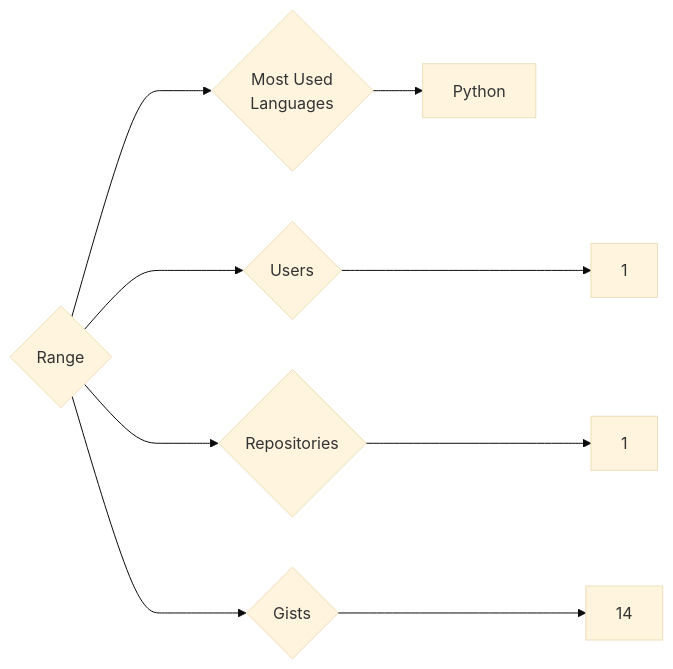
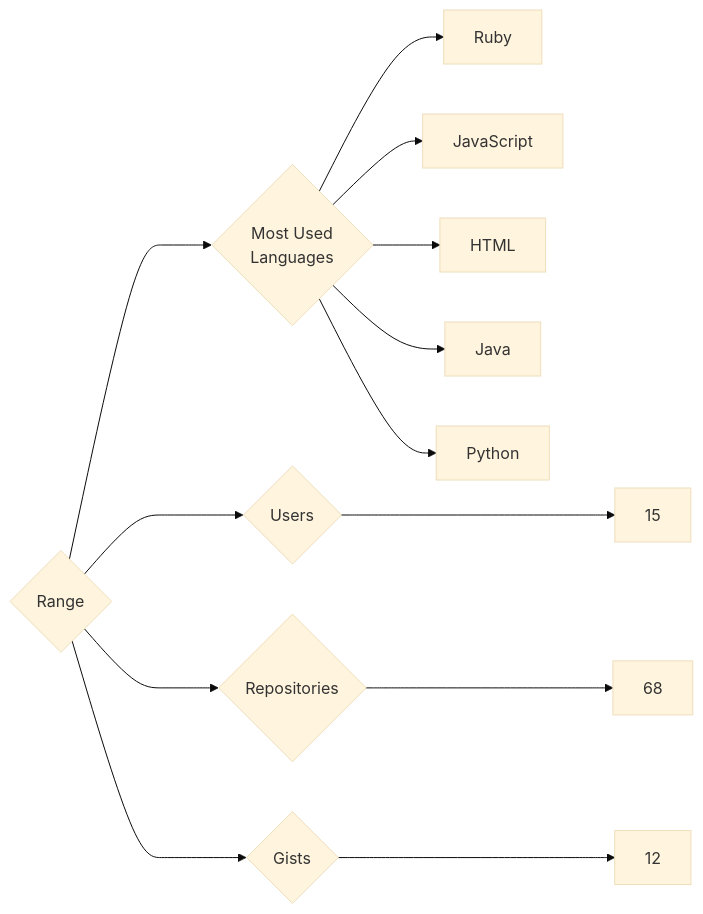
One commit to trickest/insiders changed the diagram in targets/Range/README.md. Above: the diagram before and after it, drawn with Mermaid (base theme). The commit also changed 920 other files, not shown here.

````diff
--- a/targets/Range/README.md
+++ b/targets/Range/README.md
@@ -3,9 +3,13 @@
 ```mermaid
 graph LR
 COMPANY_NAME{Range}
-COMPANY_NAME ---> U{Users} ---> UN[1]
-COMPANY_NAME ---> R{Repositories} ---> RN[1]
-COMPANY_NAME ---> G{Gists} ---> GN[14]
+COMPANY_NAME ---> U{Users} ---> UN[15]
+COMPANY_NAME ---> R{Repositories} ---> RN[68]
+COMPANY_NAME ---> G{Gists} ---> GN[12]
 COMPANY_NAME ---> ML{Most Used<br>Languages}
+ML --> Ruby[Ruby]
+ML --> JavaScript[JavaScript]
+ML --> HTML[HTML]
+ML --> Java[Java]
 ML --> Python[Python]
 ```
````
